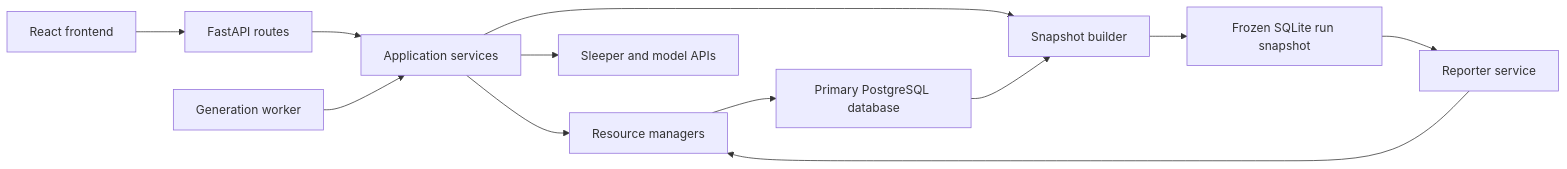
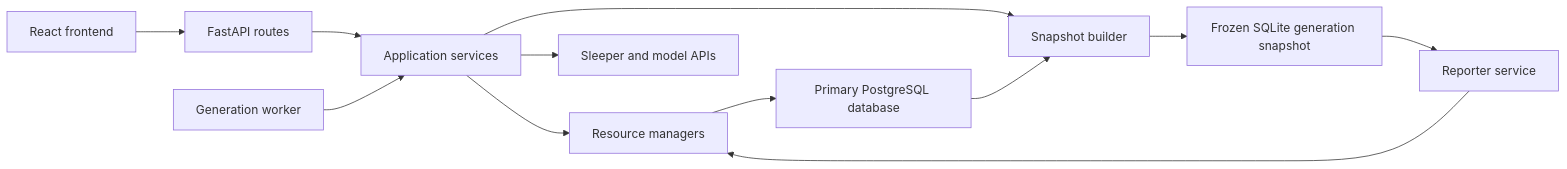
The diagram in docs/platform-architecture.md (maxwn04/AIdamShefter-v2), drawn with Mermaid before and after one commit. The commit also changed other lines of this file and 42 other files, not shown here.

````diff
--- a/docs/platform-architecture.md
+++ b/docs/platform-architecture.md
@@ -114,14 +151,14 @@
 ```mermaid
 flowchart LR
     UI["React frontend"] --> API["FastAPI routes"]
     API --> Services["Application services"]
     Worker["Generation worker"] --> Services
     Services --> Managers["Resource managers"]
     Managers --> PrimaryDB["Primary PostgreSQL database"]
     Services --> External["Sleeper and model APIs"]
     Services --> SnapshotBuilder["Snapshot builder"]
     PrimaryDB --> SnapshotBuilder
-    SnapshotBuilder --> FrozenDB["Frozen SQLite run snapshot"]
+    SnapshotBuilder --> FrozenDB["Frozen SQLite generation snapshot"]
     FrozenDB --> Reporter["Reporter service"]
     Reporter --> Managers
 ```
````
